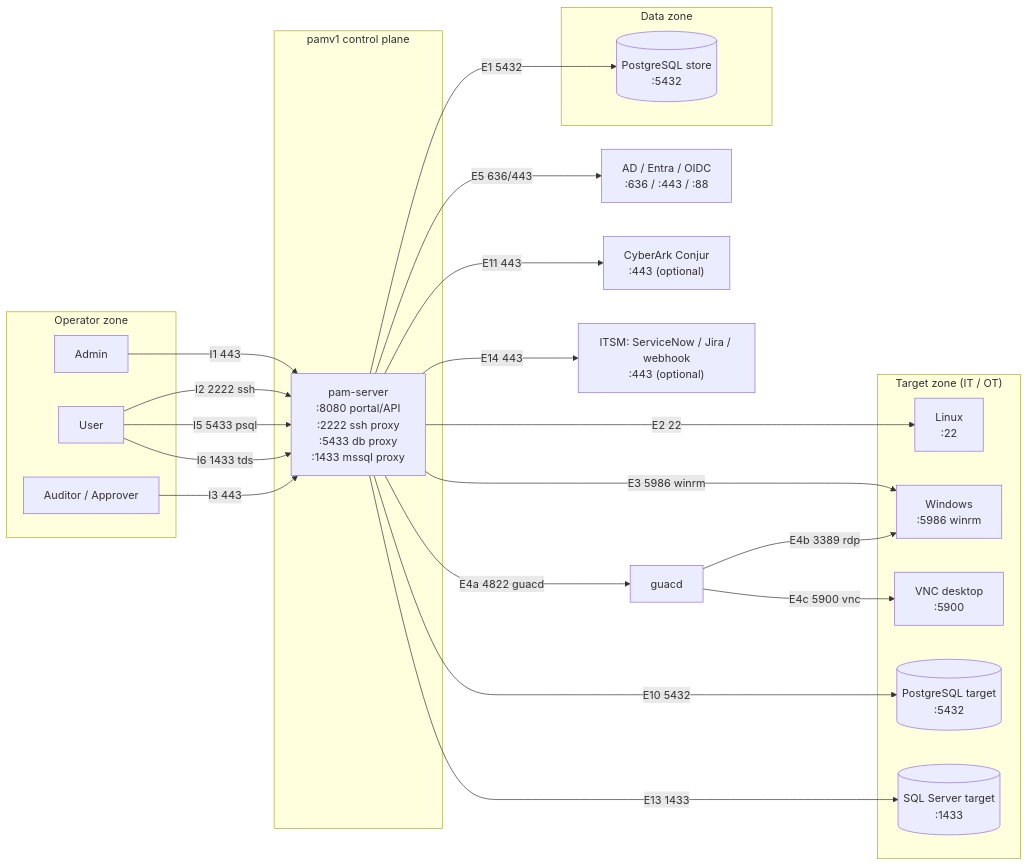
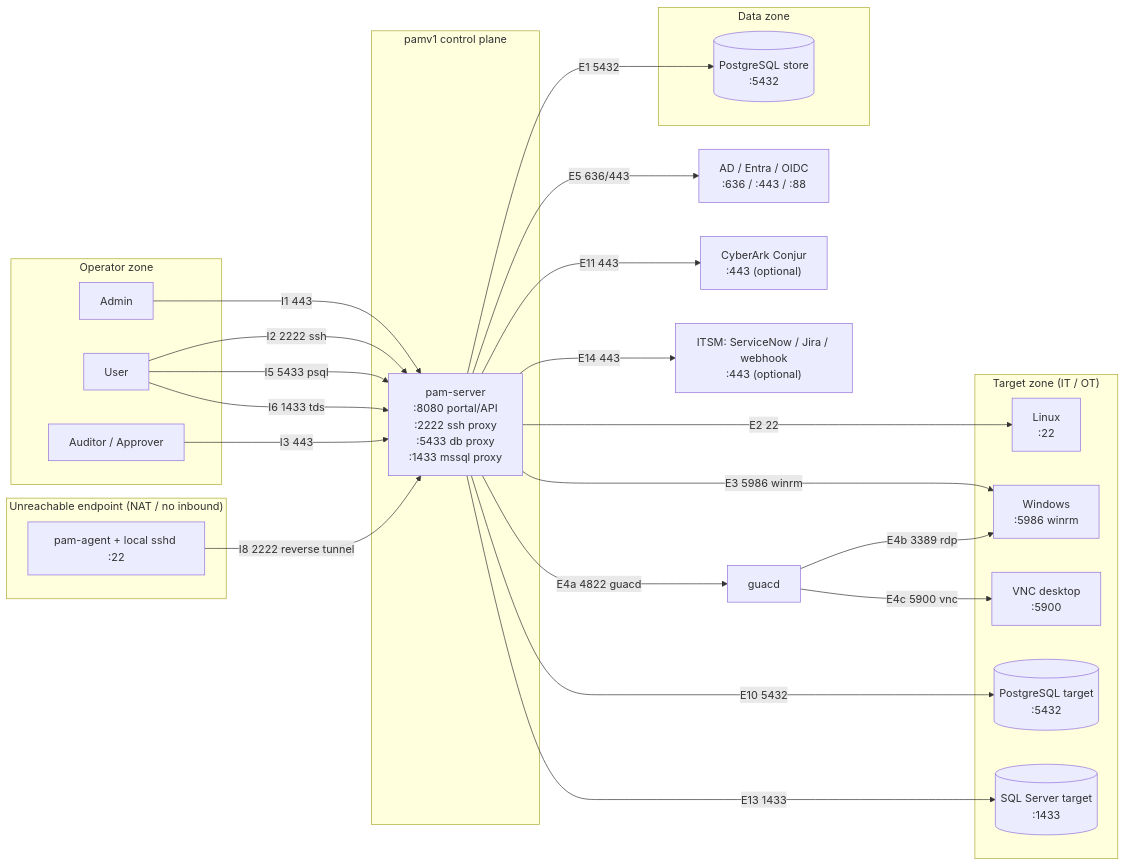
One commit to morandeirachema/PAMv1 changed the diagram in docs/PORTS-AND-FLOWS.md. Above: the diagram before and after it, drawn with Mermaid. The commit also changed other lines of this file and 46 other files, not shown here.

````diff
--- a/docs/PORTS-AND-FLOWS.md
+++ b/docs/PORTS-AND-FLOWS.md
@@ -196,41 +206,45 @@
 ```mermaid
 flowchart LR
     subgraph OPS["Operator zone"]
         A["Admin"]
         U["User"]
         R["Auditor / Approver"]
     end
     subgraph PAM["pamv1 control plane"]
         S["pam-server<br/>:8080 portal/API<br/>:2222 ssh proxy<br/>:5433 db proxy<br/>:1433 mssql proxy"]
     end
     subgraph DATA["Data zone"]
         DB[("PostgreSQL store<br/>:5432")]
     end
     subgraph TGT["Target zone (IT / OT)"]
         L["Linux<br/>:22"]
         W["Windows<br/>:5986 winrm"]
         V["VNC desktop<br/>:5900"]
         PG[("PostgreSQL target<br/>:5432")]
         MS[("SQL Server target<br/>:1433")]
+    end
+    subgraph NAT["Unreachable endpoint (NAT / no inbound)"]
+        EA["pam-agent + local sshd :22"]
     end
     ID["AD / Entra / OIDC<br/>:636 / :443 / :88"]
     CJ["CyberArk Conjur<br/>:443 (optional)"]
     TK["ITSM: ServiceNow / Jira / webhook<br/>:443 (optional)"]
 
     A -->|"I1 443"| S
     U -->|"I2 2222 ssh"| S
     U -->|"I5 5433 psql"| S
     U -->|"I6 1433 tds"| S
     R -->|"I3 443"| S
     S -->|"E1 5432"| DB
     S -->|"E2 22"| L
     S -->|"E3 5986 winrm"| W
     S -->|"E4a 4822 guacd"| G["guacd"]
     G -->|"E4b 3389 rdp"| W
     G -->|"E4c 5900 vnc"| V
     S -->|"E10 5432"| PG
     S -->|"E13 1433"| MS
     S -->|"E5 636/443"| ID
     S -->|"E11 443"| CJ
     S -->|"E14 443"| TK
+    EA -->|"I8 2222 reverse tunnel"| S
 ```
````
